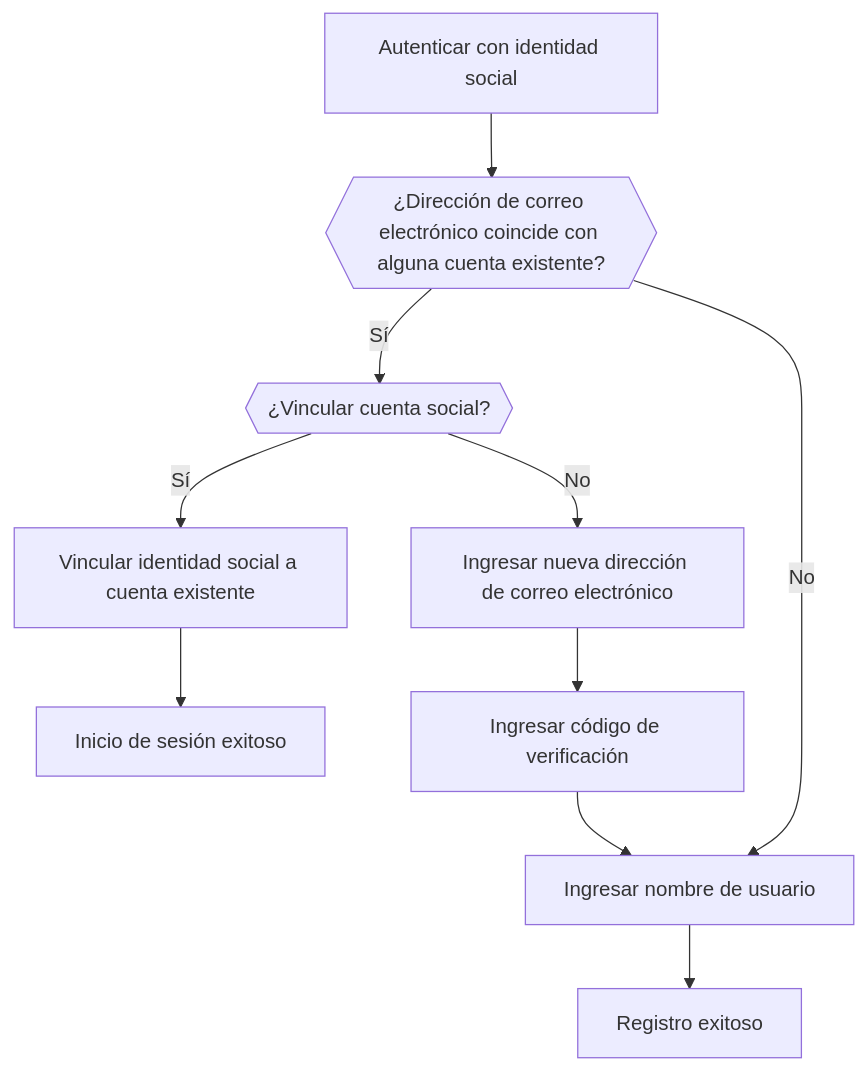
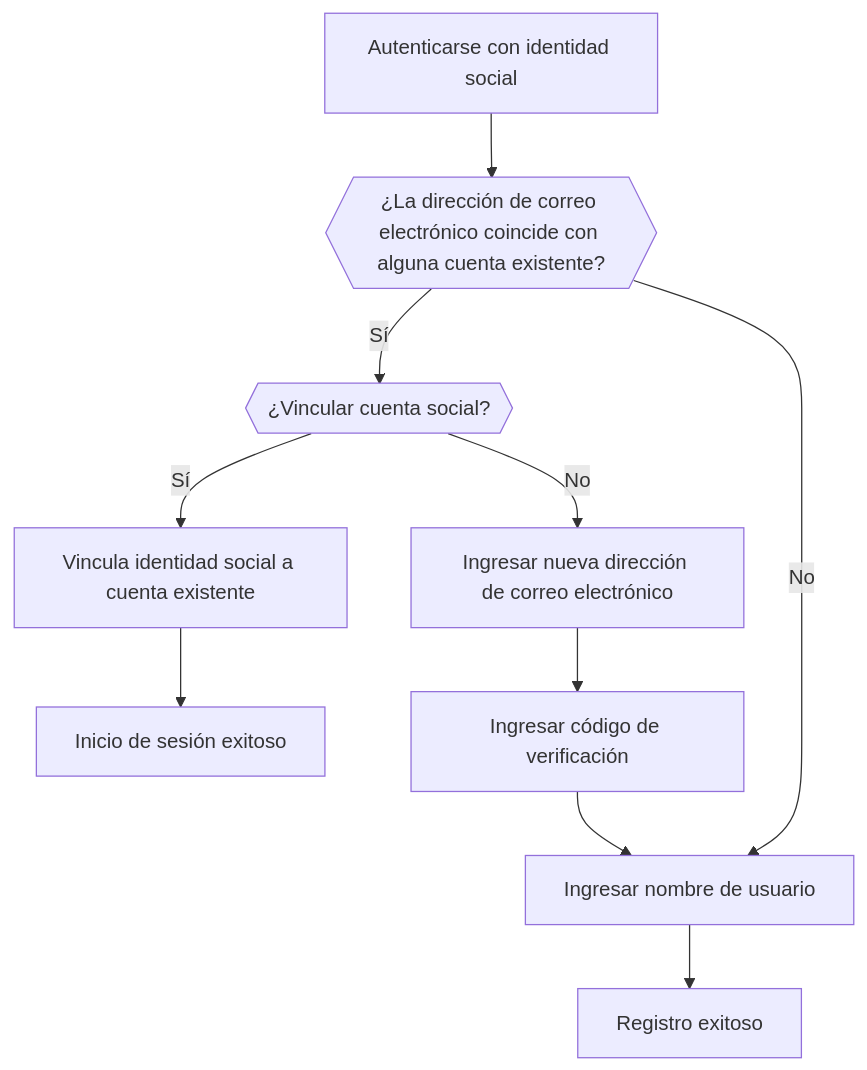
Before and after one commit to logto-io/docs: the fifth of 6 diagrams in i18n/es/docusaurus-plugin-content-docs/current/end-user-flows/sign-up-and-sign-in/social-sign-in.mdx, drawn with Mermaid. The commit also changed other lines of this file and 59 other files, not shown here.

````diff
--- a/i18n/es/docusaurus-plugin-content-docs/current/end-user-flows/sign-up-and-sign-in/social-sign-in.mdx
+++ b/i18n/es/docusaurus-plugin-content-docs/current/end-user-flows/sign-up-and-sign-in/social-sign-in.mdx
@@ -159,12 +134,12 @@
    ```mermaid
       flowchart TD
-       A[Autenticar con identidad social] --> B{{¿Dirección de correo electrónico coincide con alguna cuenta existente?}}
+       A[Autenticarse con identidad social] --> B{{¿La dirección de correo electrónico coincide con alguna cuenta existente?}}
        B -- Sí --> C{{¿Vincular cuenta social?}}
-       C -- Sí --> D[Vincular identidad social a cuenta existente]
+       C -- Sí --> D[Vincula identidad social a cuenta existente]
        D --> E[Inicio de sesión exitoso]
        C -- No --> F[Ingresar nueva dirección de correo electrónico]
        F --> G[Ingresar código de verificación]
        G --> H[Ingresar nombre de usuario]
        H --> I[Registro exitoso]
        B -- No --> H
    ```
````
